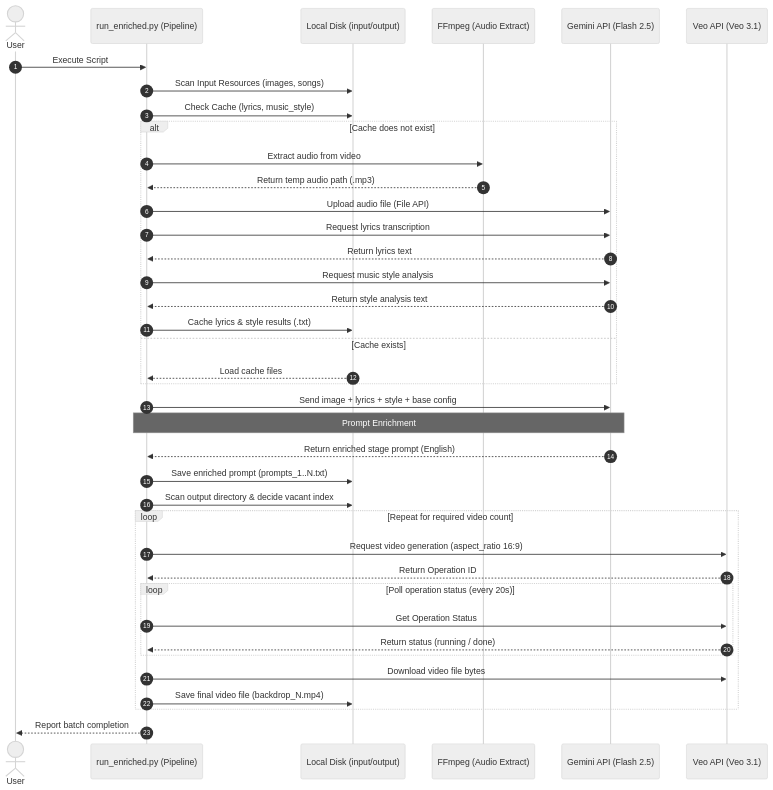
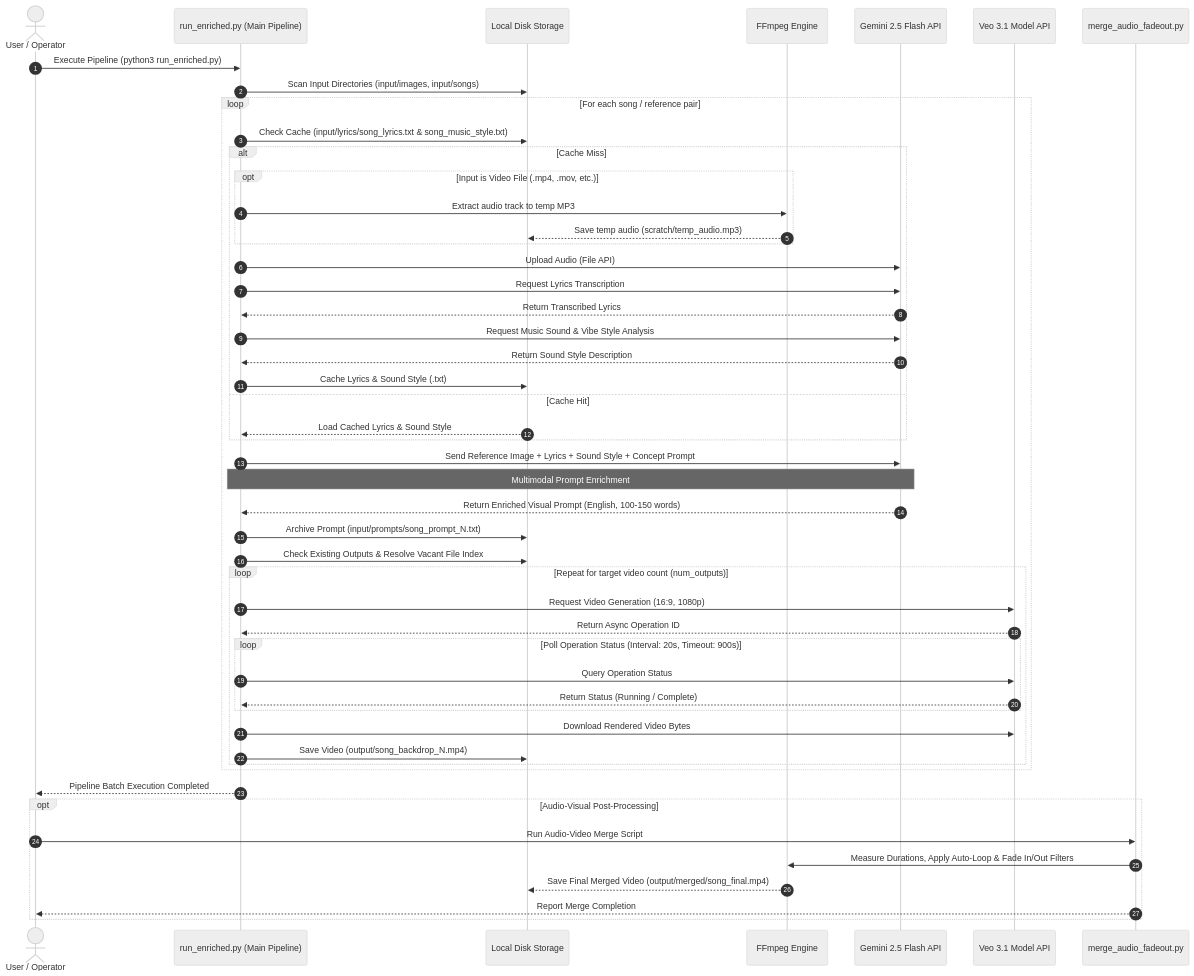
The second of 6 diagrams in ARCHITECTURE.md (electronicnomad/stage-backdrops), drawn with Mermaid before and after one commit. The commit also changed other lines of this file, not shown here.

Commit message:
docs: update ARCHITECTURE.md to bilingual Korean/English specification

````diff
--- a/ARCHITECTURE.md
+++ b/ARCHITECTURE.md
@@ -32,47 +45,58 @@
 ```mermaid
 %%{init: {'theme': 'neutral'}}%%
 sequenceDiagram
     autonumber
-    actor User as User
-    participant PL as run_enriched.py (Pipeline)
-    participant LD as Local Disk (input/output)
-    participant FF as FFmpeg (Audio Extract)
-    participant GEM as Gemini API (Flash 2.5)
-    participant VEO as Veo API (Veo 3.1)
+    actor User as User / Operator
+    participant PL as run_enriched.py (Main Pipeline)
+    participant LD as Local Disk Storage
+    participant FF as FFmpeg Engine
+    participant GEM as Gemini 2.5 Flash API
+    participant VEO as Veo 3.1 Model API
+    participant MRG as merge_audio_fadeout.py
 
-    User->>PL: Execute Script
-    PL->>LD: Scan Input Resources (images, songs)
-    PL->>LD: Check Cache (lyrics, music_style)
+    User->>PL: Execute Pipeline (python3 run_enriched.py)
+    PL->>LD: Scan Input Directories (input/images, input/songs)
+    
+    loop For each song / reference pair
+        PL->>LD: Check Cache (input/lyrics/song_lyrics.txt & song_music_style.txt)
+        alt Cache Miss
+            opt Input is Video File (.mp4, .mov, etc.)
+                PL->>FF: Extract audio track to temp MP3
+                FF-->>LD: Save temp audio (scratch/temp_audio.mp3)
+            end
+            PL->>GEM: Upload Audio (File API)
+            PL->>GEM: Request Lyrics Transcription
+            GEM-->>PL: Return Transcribed Lyrics
+            PL->>GEM: Request Music Sound & Vibe Style Analysis
+            GEM-->>PL: Return Sound Style Description
+            PL->>LD: Cache Lyrics & Sound Style (.txt)
+        else Cache Hit
+            LD-->>PL: Load Cached Lyrics & Sound Style
+        end
 
-    alt Cache does not exist
-        PL->>FF: Extract audio from video
-        FF-->>PL: Return temp audio path (.mp3)
-        PL->>GEM: Upload audio file (File API)
-        PL->>GEM: Request lyrics transcription
-        GEM-->>PL: Return lyrics text
-        PL->>GEM: Request music style analysis
-        GEM-->>PL: Return style analysis text
-        PL->>LD: Cache lyrics & style results (.txt)
-    else Cache exists
-        LD-->>PL: Load cache files
+        PL->>GEM: Send Reference Image + Lyrics + Sound Style + Concept Prompt
+        Note over PL, GEM: Multimodal Prompt Enrichment
+        GEM-->>PL: Return Enriched Visual Prompt (English, 100-150 words)
+        PL->>LD: Archive Prompt (input/prompts/song_prompt_N.txt)
+
+        PL->>LD: Check Existing Outputs & Resolve Vacant File Index
+        loop Repeat for target video count (num_outputs)
+            PL->>VEO: Request Video Generation (16:9, 1080p)
+            VEO-->>PL: Return Async Operation ID
+            loop Poll Operation Status (Interval: 20s, Timeout: 900s)
+                PL->>VEO: Query Operation Status
+                VEO-->>PL: Return Status (Running / Complete)
+            end
+            PL->>VEO: Download Rendered Video Bytes
+            PL->>LD: Save Video (output/song_backdrop_N.mp4)
+        end
     end
+    PL-->>User: Pipeline Batch Execution Completed
 
-    PL->>GEM: Send image + lyrics + style + base config
-    Note over PL, GEM: Prompt Enrichment
-    GEM-->>PL: Return enriched stage prompt (English)
-    PL->>LD: Save enriched prompt (prompts_1..N.txt)
-    PL->>LD: Scan output directory & decide vacant index
-
-    loop Repeat for required video count
-        PL->>VEO: Request video generation (aspect_ratio 16:9)
-        VEO-->>PL: Return Operation ID
-        loop Poll operation status (every 20s)
-            PL->>VEO: Get Operation Status
-            VEO-->>PL: Return status (running / done)
-        end
-        PL->>VEO: Download video file bytes
-        PL->>LD: Save final video file (backdrop_N.mp4)
+    opt Audio-Visual Post-Processing
+        User->>MRG: Run Audio-Video Merge Script
+        MRG->>FF: Measure Durations, Apply Auto-Loop & Fade In/Out Filters
+        FF-->>LD: Save Final Merged Video (output/merged/song_final.mp4)
+        MRG-->>User: Report Merge Completion
     end
-
-    PL-->>User: Report batch completion
 ```
````
